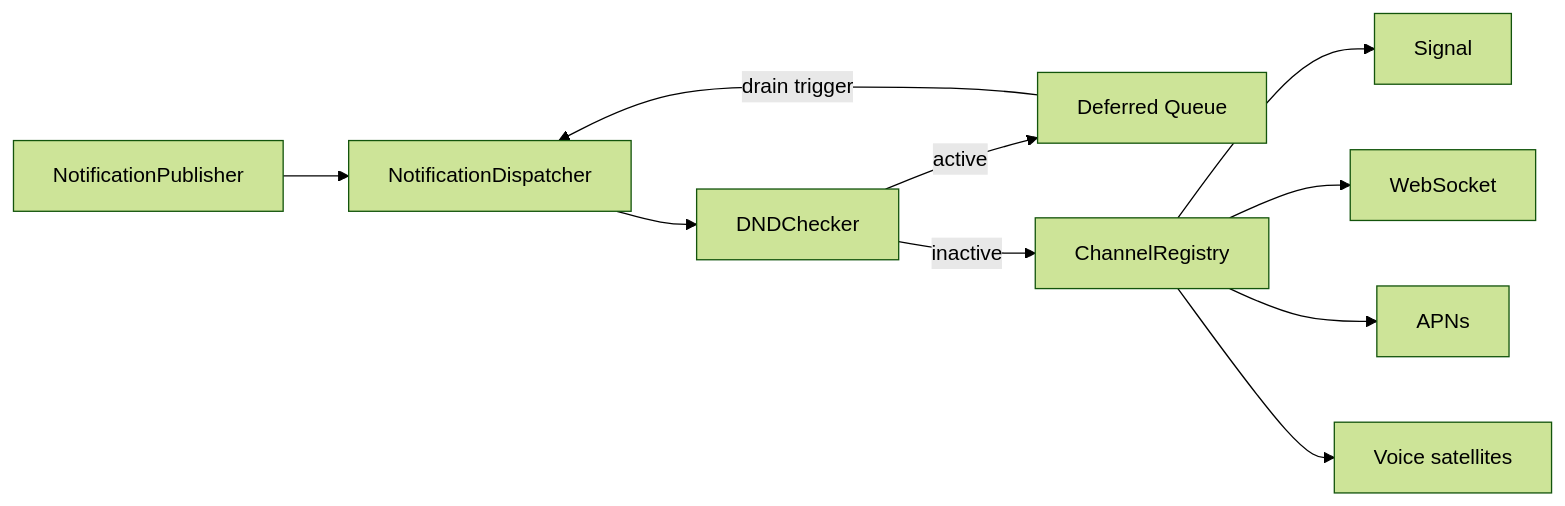
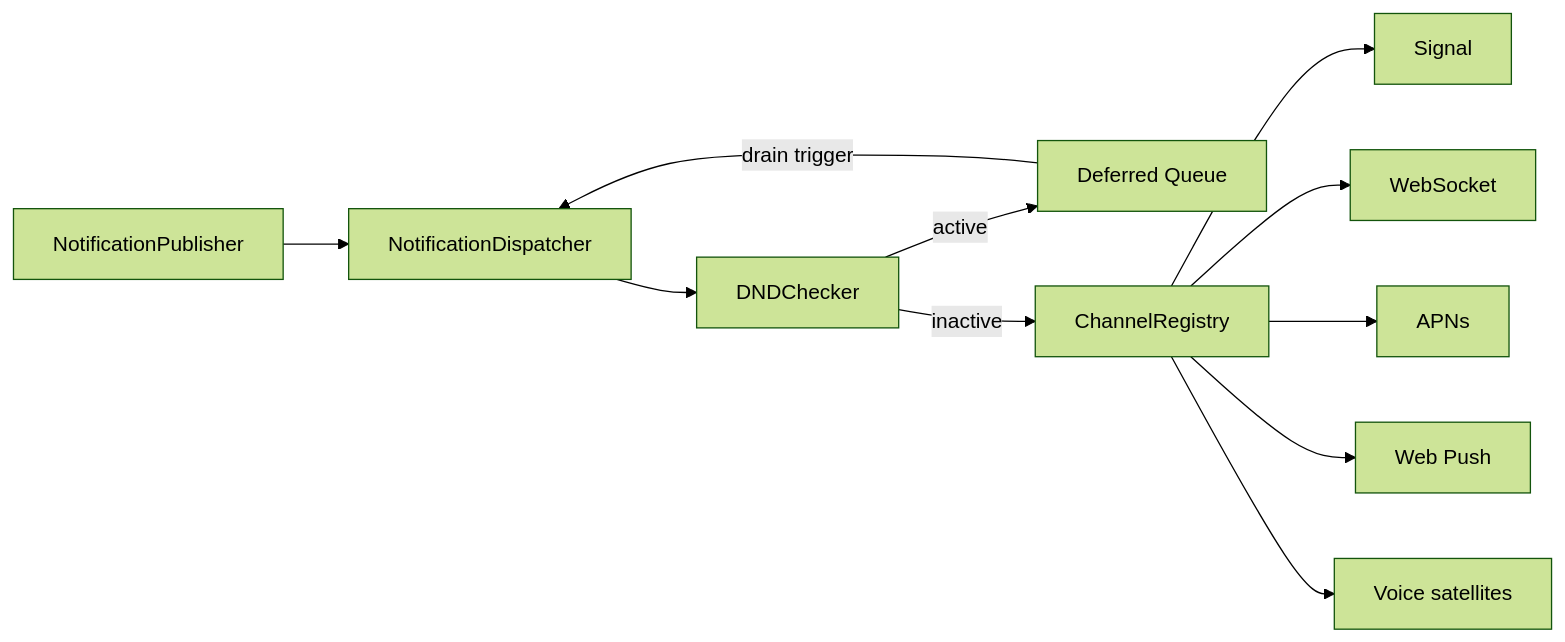
Before and after one commit to anirudhlath/alfred: the fourth of 5 diagrams in docs/architecture.md, drawn with Mermaid (forest theme). The commit also changed other lines of this file and 77 other files, not shown here.

````diff
--- a/docs/architecture.md
+++ b/docs/architecture.md
@@ -832,12 +832,13 @@
 ```mermaid
 graph LR
     Pub[NotificationPublisher] --> Disp[NotificationDispatcher]
     Disp --> DND[DNDChecker]
     DND -->|active| Defer[Deferred Queue]
     DND -->|inactive| CR[ChannelRegistry]
     CR --> Signal[Signal]
     CR --> WS[WebSocket]
     CR --> APNs[APNs]
+    CR --> WP[Web Push]
     CR --> Sat[Voice satellites]
     Defer -->|drain trigger| Disp
 ```
````
